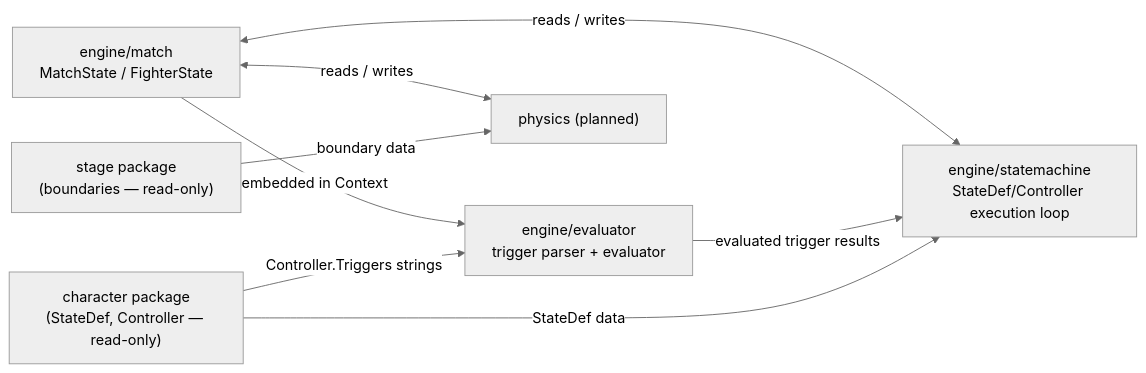
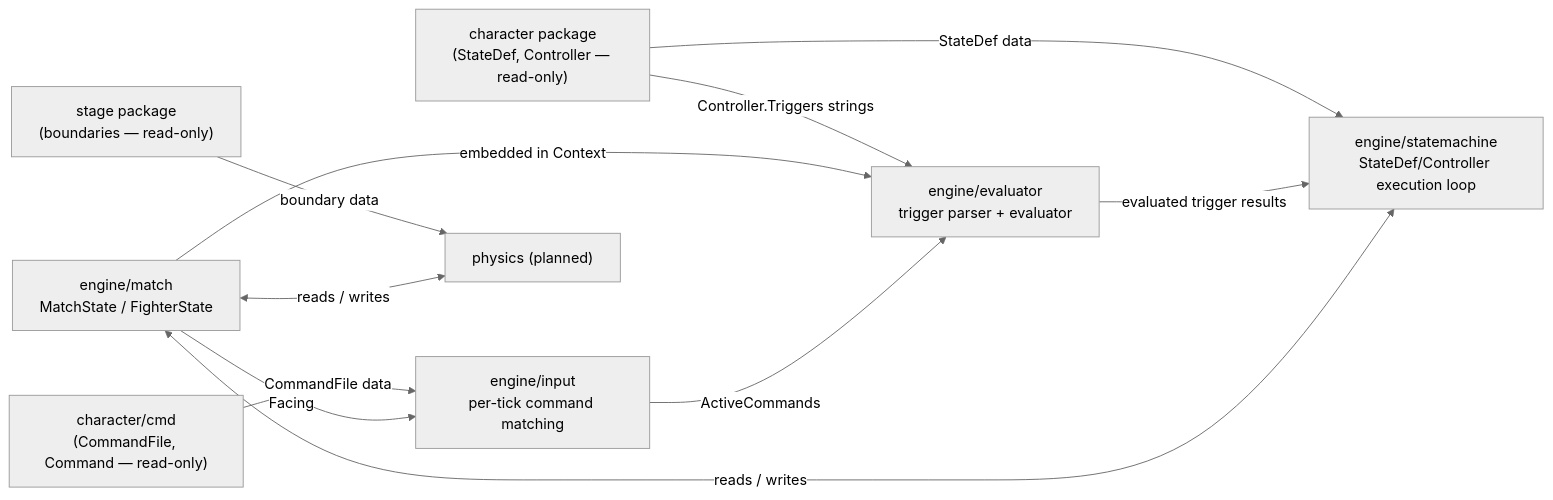
One commit to openkakutou/engine changed the second of 2 diagrams in docs/architecture.md. Above: the diagram before and after it, drawn with Mermaid (neutral theme). The commit also changed other lines of this file and 15 other files, not shown here.

First line of the commit message:
feat: recognize a character's special-move motions from raw per-tick input

````diff
--- a/docs/architecture.md
+++ b/docs/architecture.md
@@ -55,17 +69,22 @@
 ```mermaid
 flowchart LR
     character["character package<br/>(StateDef, Controller — read-only)"]
+    charactercmd["character/cmd<br/>(CommandFile, Command — read-only)"]
     stage["stage package<br/>(boundaries — read-only)"]
     matchpkg["engine/match<br/>MatchState / FighterState"]
     evaluatorpkg["engine/evaluator<br/>trigger parser + evaluator"]
     statemachinepkg["engine/statemachine<br/>StateDef/Controller execution loop"]
+    inputpkg["engine/input<br/>per-tick command matching"]
     physics["physics (planned)"]
 
     character -->|Controller.Triggers strings| evaluatorpkg
     character -->|StateDef data| statemachinepkg
+    charactercmd -->|CommandFile data| inputpkg
     stage -->|boundary data| physics
     matchpkg -->|embedded in Context| evaluatorpkg
+    matchpkg -->|Facing| inputpkg
+    inputpkg -->|ActiveCommands| evaluatorpkg
     evaluatorpkg -->|evaluated trigger results| statemachinepkg
     matchpkg <-->|reads / writes| statemachinepkg
     matchpkg <-->|reads / writes| physics
 ```
````
